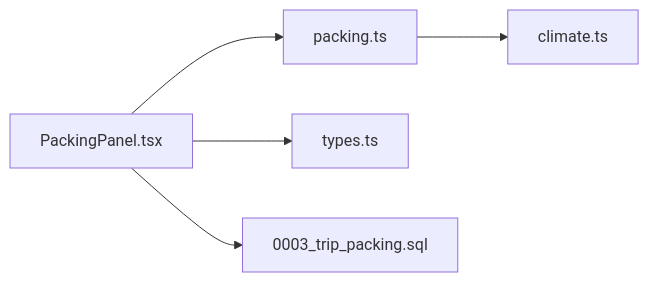
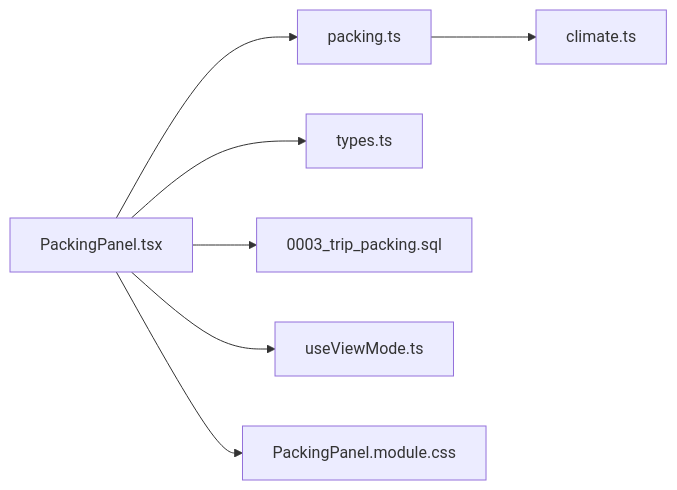
One commit to huangyilu/wanwuyishi changed the eighth of 8 diagrams in .qoder/repowiki/zh/content/核心功能模块/打包清单模块.md. Above: the diagram before and after it, drawn with Mermaid. The commit also changed other lines of this file and 103 other files, not shown here.

````diff
--- a/.qoder/repowiki/zh/content/核心功能模块/打包清单模块.md
+++ b/.qoder/repowiki/zh/content/核心功能模块/打包清单模块.md
@@ -266,7 +383,9 @@
 ```mermaid
 graph LR
 P["packing.ts"] --> C["climate.ts"]
 UI["PackingPanel.tsx"] --> P
 UI --> T["types.ts"]
 UI --> M["0003_trip_packing.sql"]
+UI --> VM["useViewMode.ts"]
+UI --> CSS["PackingPanel.module.css"]
 ```
````
